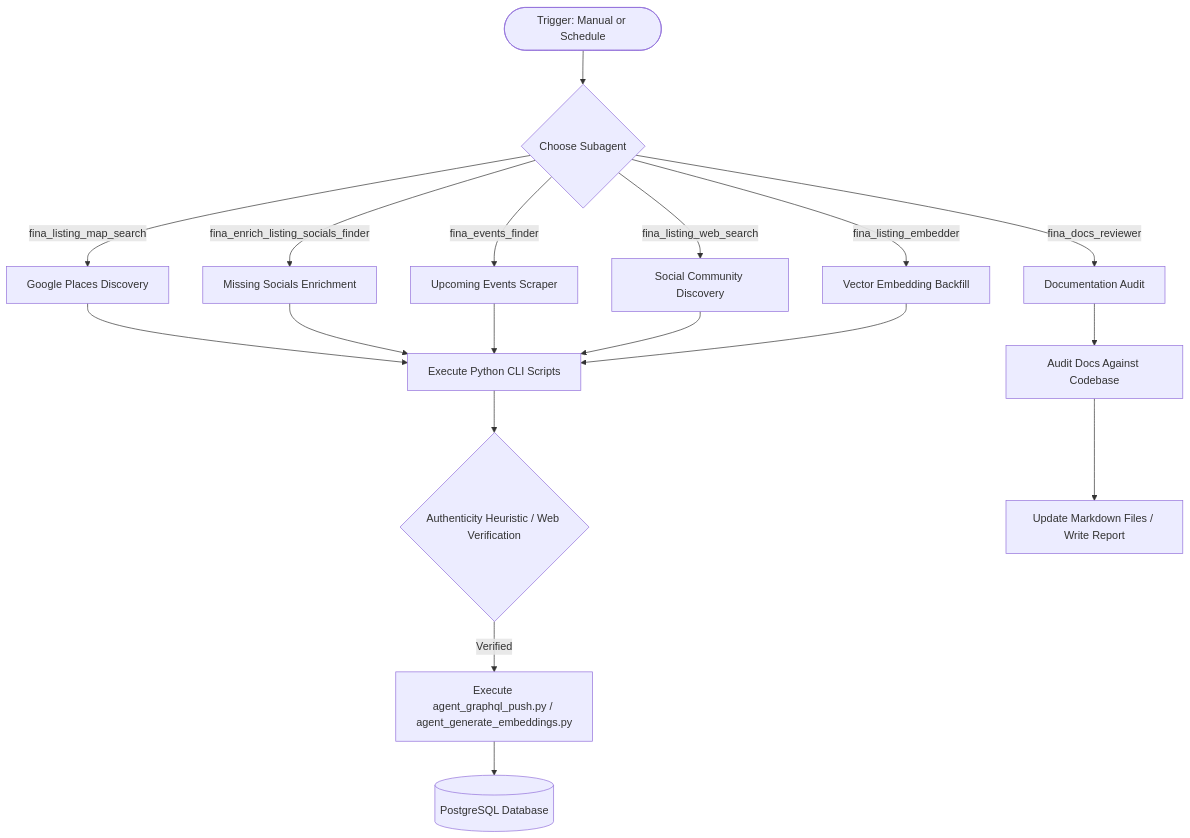
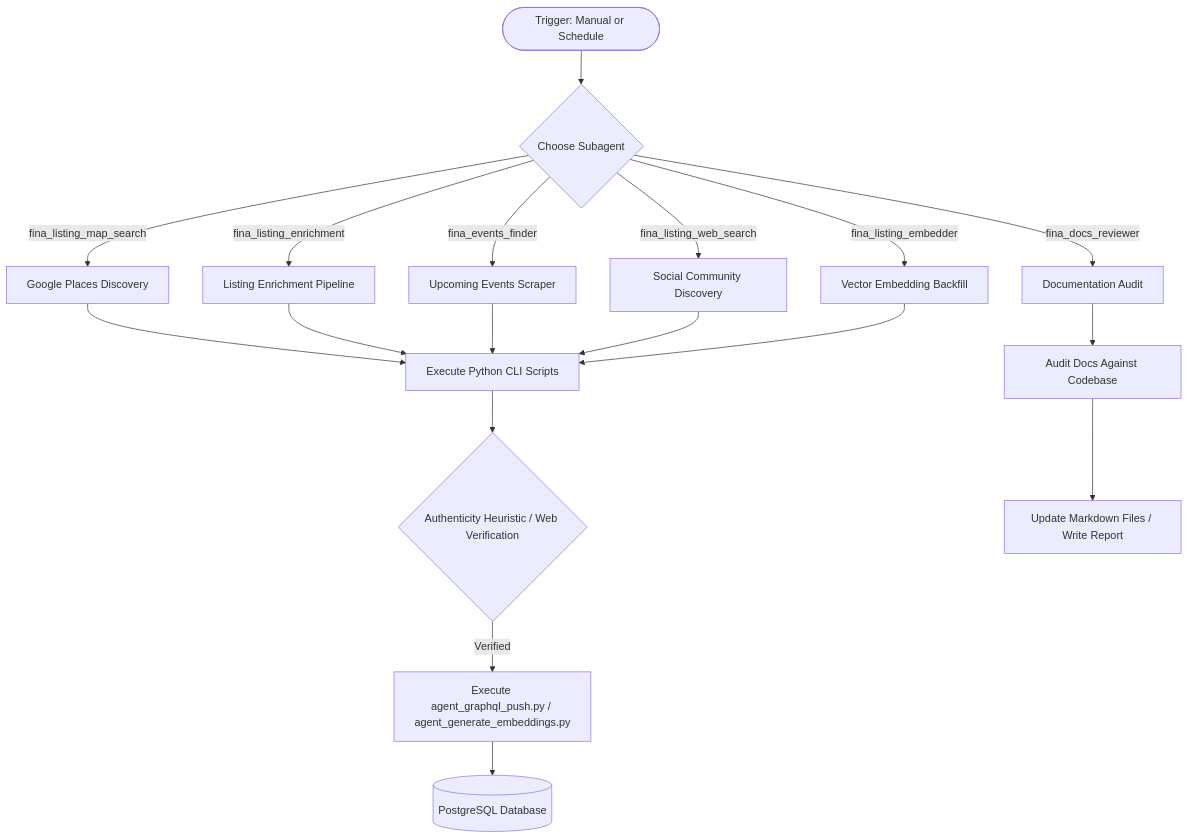
One commit to deriveraryan/fina-agent changed the diagram in AGENTS.md. Above: the diagram before and after it, drawn with Mermaid. The commit also changed other lines of this file and 7 other files, not shown here.

First line of the commit message:
feat(agents): replace fina_enrich_listing_socials_finder with fina_listing_enrichment

````diff
--- a/AGENTS.md
+++ b/AGENTS.md
@@ -11,19 +11,19 @@
 ```mermaid
 flowchart TD
     Start(["Trigger: Manual or Schedule"]) --> AgentSelect{"Choose Subagent"}
     
     AgentSelect -->|fina_listing_map_search| PlacesFlow["Google Places Discovery"]
-    AgentSelect -->|fina_enrich_listing_socials_finder| SocialsFlow["Missing Socials Enrichment"]
+    AgentSelect -->|fina_listing_enrichment| EnrichFlow["Listing Enrichment Pipeline"]
     AgentSelect -->|fina_events_finder| EventsFlow["Upcoming Events Scraper"]
     AgentSelect -->|fina_listing_web_search| CommFlow["Social Community Discovery"]
     AgentSelect -->|fina_listing_embedder| EmbedFlow["Vector Embedding Backfill"]
     AgentSelect -->|fina_docs_reviewer| DocsFlow["Documentation Audit"]
 
     %% Shared logic
-    PlacesFlow & SocialsFlow & EventsFlow & CommFlow & EmbedFlow --> PythonCLI["Execute Python CLI Scripts"]
+    PlacesFlow & EnrichFlow & EventsFlow & CommFlow & EmbedFlow --> PythonCLI["Execute Python CLI Scripts"]
     PythonCLI --> Verification{"Authenticity Heuristic / Web Verification"}
     Verification -->|Verified| GQLPush["Execute agent_graphql_push.py / agent_generate_embeddings.py"]
     GQLPush --> PostgreSQL[(PostgreSQL Database)]
     DocsFlow --> AuditDocs["Audit Docs Against Codebase"]
     AuditDocs --> UpdateDocs["Update Markdown Files / Write Report"]
 ```
````
